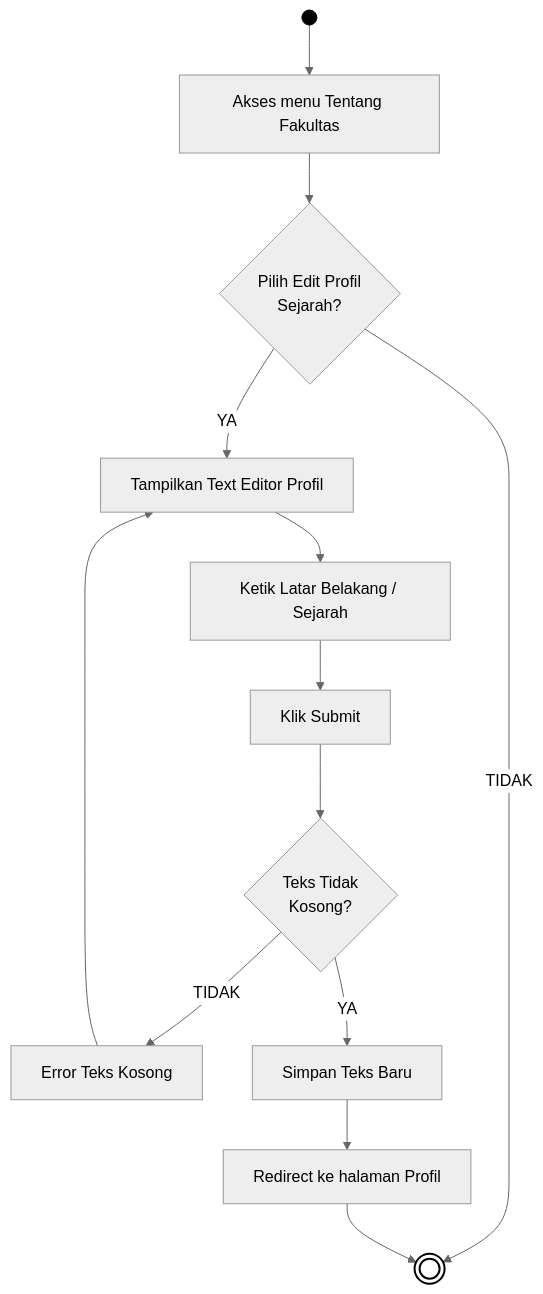
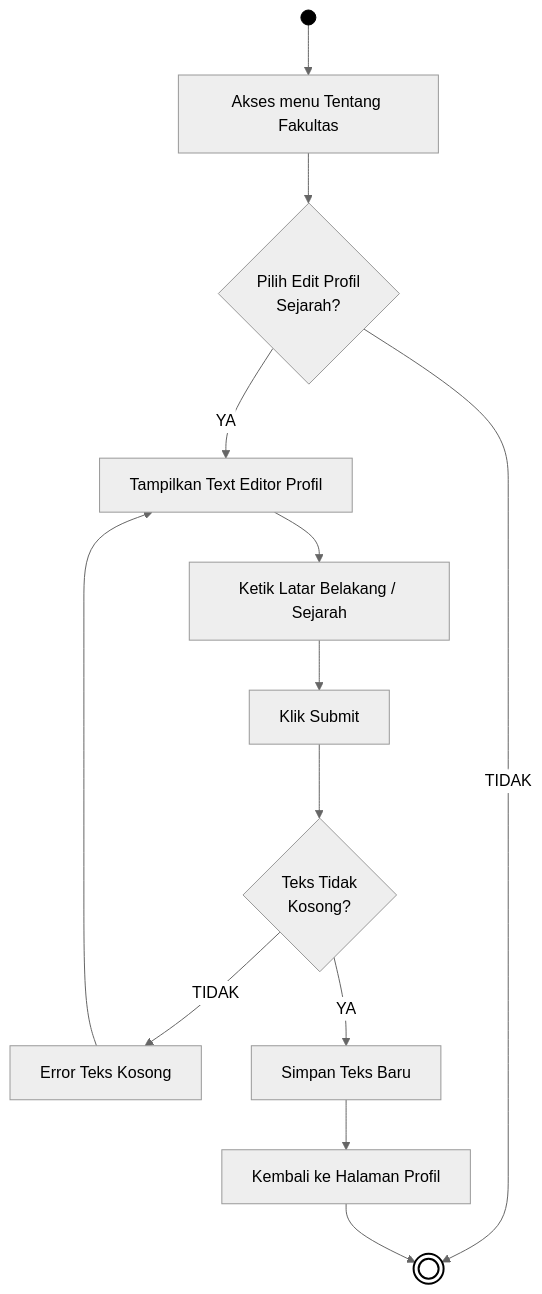
Before and after one commit to arbain-dev/Web_fikom: the fifth of 5 diagrams in docs/01_DIAGRAM_AKTIVITAS.md, drawn with Mermaid (neutral theme). The commit also changed other lines of this file, not shown here.

Commit message:
docs: mengubah kata teknis Redirect menjadi bahasa sederhana di 01_DIAGRAM_AKTIVITAS

````diff
--- a/docs/01_DIAGRAM_AKTIVITAS.md
+++ b/docs/01_DIAGRAM_AKTIVITAS.md
@@ -148,22 +148,22 @@
 ```mermaid
 flowchart TD
     Start(( )) --> A[Akses menu Tentang Fakultas]
     
     A --> B{Pilih Edit Profil\nSejarah?}
     B -- TIDAK --> End((( )))
     
     B -- YA --> C[Tampilkan Text Editor Profil]
     C --> D[Ketik Latar Belakang / Sejarah]
     D --> E[Klik Submit]
     E --> F{Teks Tidak\nKosong?}
     
     F -- TIDAK --> G[Error Teks Kosong]
     G --> C
     
     F -- YA --> H[Simpan Teks Baru]
-    H --> I[Redirect ke halaman Profil]
+    H --> I[Kembali ke Halaman Profil]
     I --> End
     
     style Start fill:#000,stroke:#000,color:#000
     style End fill:#fff,stroke:#000,stroke-width:2px
 ```
````
